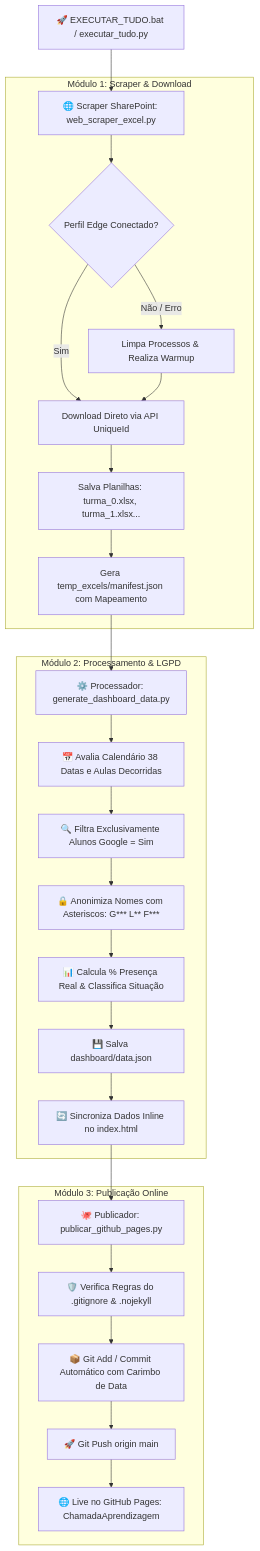
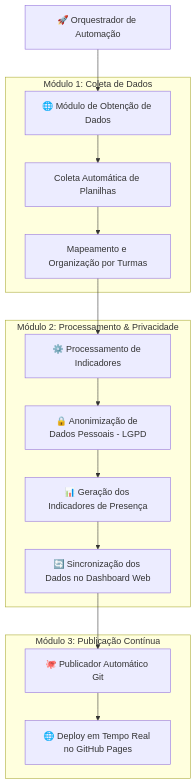
One commit to marcaumdev/ChamadaAprendizagem changed the diagram in README.md. Above: the diagram before and after it, drawn with Mermaid. The commit also changed other lines of this file, not shown here.

Commit message:
Auto update dashboard data: 06/08/2026 09:14:47

````diff
--- a/README.md
+++ b/README.md
@@ -11,31 +9,21 @@
 ```mermaid
 flowchart TD
-    A[🚀 EXECUTAR_TUDO.bat / executar_tudo.py] --> B[🌐 Scraper SharePoint: web_scraper_excel.py]
+    A[🚀 Orquestrador de Automação] --> B[🌐 Módulo de Obtenção de Dados]
     
-    subgraph Módulo 1: Scraper & Download
-        B --> C{Perfil Edge Conectado?}
-        C -- Sim --> D[Download Direto via API UniqueId]
-        C -- Não / Erro --> E[Limpa Processos & Realiza Warmup]
-        E --> D
-        D --> F[Salva Planilhas: turma_0.xlsx, turma_1.xlsx...]
-        F --> G[Gera temp_excels/manifest.json com Mapeamento]
+    subgraph Módulo 1: Coleta de Dados
+        B --> C[Coleta Automática de Planilhas]
+        C --> D[Mapeamento e Organização por Turmas]
     end
 
-    subgraph Módulo 2: Processamento & LGPD
-        G --> H[⚙️ Processador: generate_dashboard_data.py]
-        H --> I[📅 Avalia Calendário 38 Datas e Aulas Decorridas]
-        I --> J[🔍 Filtra Exclusivamente Alunos Google = Sim]
-        J --> K[🔒 Anonimiza Nomes com Asteriscos: G*** L** F***]
-        K --> L[📊 Calcula % Presença Real & Classifica Situação]
-        L --> M[💾 Salva dashboard/data.json]
-        M --> N[🔄 Sincroniza Dados Inline no index.html]
+    subgraph Módulo 2: Processamento & Privacidade
+        D --> E[⚙️ Processamento de Indicadores]
+        E --> F[🔒 Anonimização de Dados Pessoais - LGPD]
+        F --> G[📊 Geração dos Indicadores de Presença]
+        G --> H[🔄 Sincronização dos Dados no Dashboard Web]
     end
 
-    subgraph Módulo 3: Publicação Online
-        N --> O[🐙 Publicador: publicar_github_pages.py]
-        O --> P[🛡️ Verifica Regras do .gitignore & .nojekyll]
-        P --> Q[📦 Git Add / Commit Automático com Carimbo de Data]
-        Q --> R[🚀 Git Push origin main]
-        R --> S[🌐 Live no GitHub Pages: ChamadaAprendizagem]
+    subgraph Módulo 3: Publicação Contínua
+        H --> I[🐙 Publicador Automático Git]
+        I --> J[🌐 Deploy em Tempo Real no GitHub Pages]
     end
 ```
````
